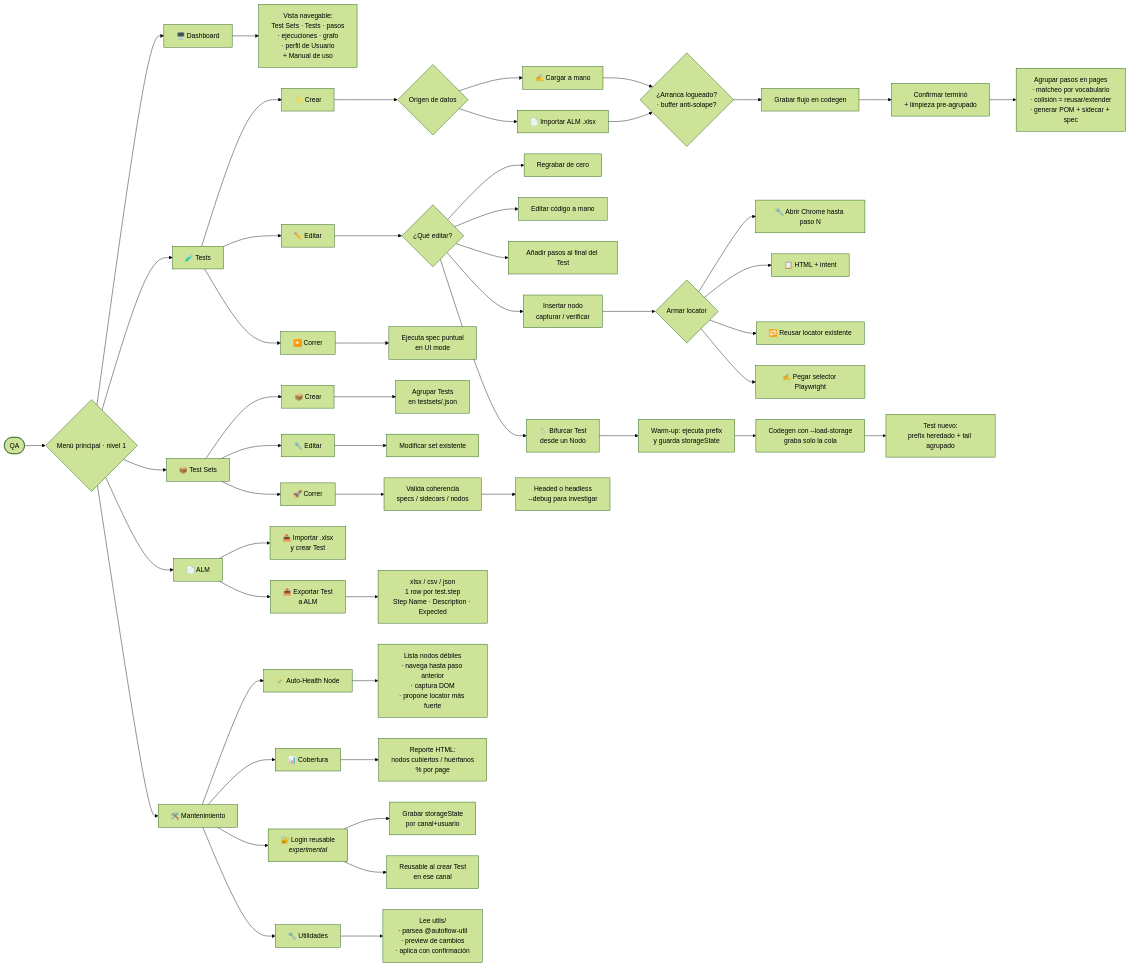
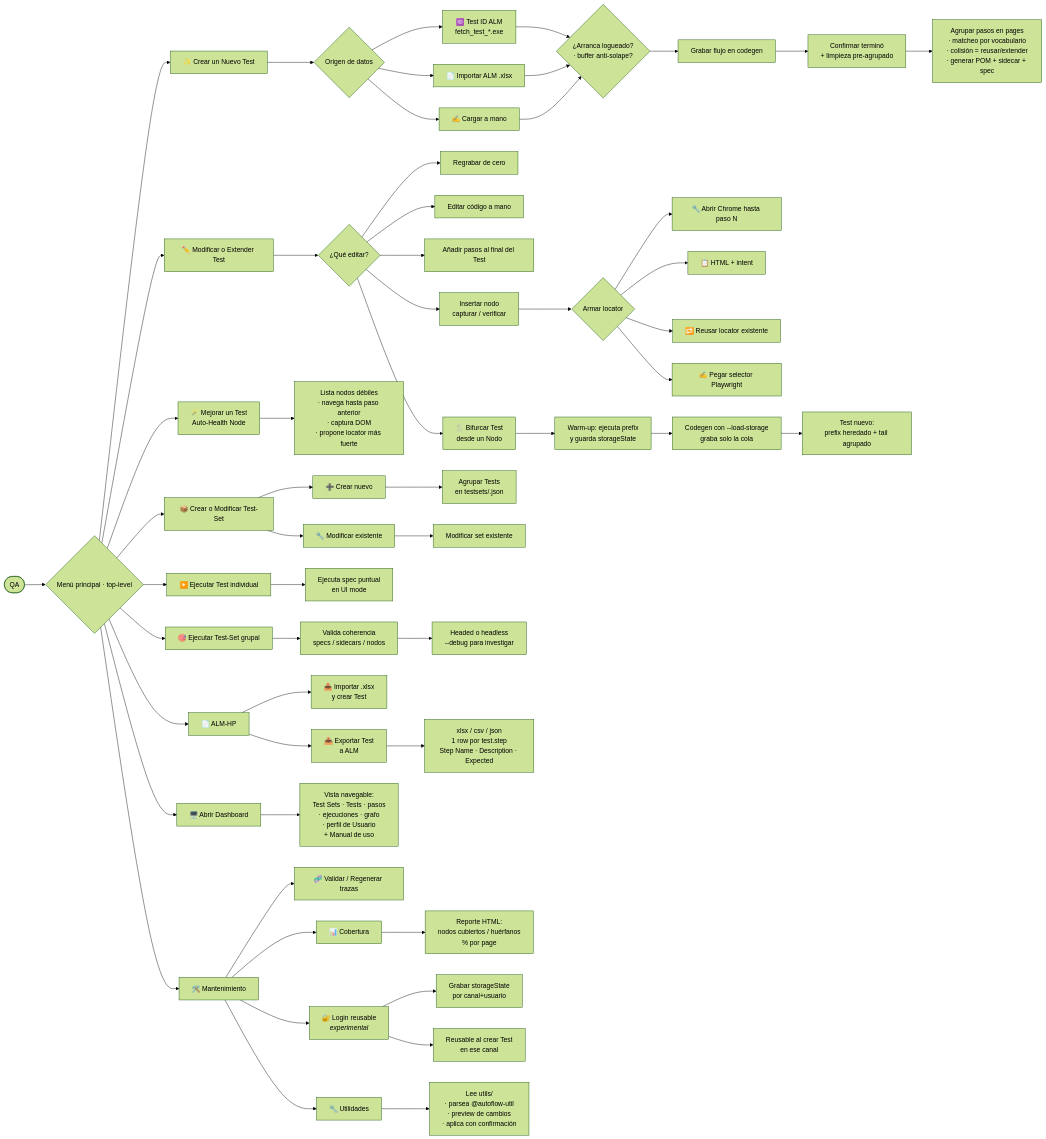
The second of 4 diagrams in README.md (blass1/AutoFlowAgent), drawn with Mermaid (forest theme) before and after one commit. The commit also changed other lines of this file and 10 other files, not shown here.

````diff
--- a/README.md
+++ b/README.md
@@ -53,72 +53,73 @@
 ```mermaid
 flowchart LR
     QA([QA])
-    Menu{Menú principal · nivel 1}
+    Menu{Menú principal · top-level}
 
     QA --> Menu
 
-    Menu --> Dash[🖥️ Dashboard]
-    Menu --> Tests[🧪 Tests]
-    Menu --> TS[📦 Test Sets]
-    Menu --> ALM[📄 ALM]
+    Menu --> Crear[✨ Crear un Nuevo Test]
+    Menu --> Editar[✏️ Modificar o Extender Test]
+    Menu --> AHN[🪄 Mejorar un Test<br/>Auto-Health Node]
+    Menu --> TS[📦 Crear o Modificar Test-Set]
+    Menu --> Correr[▶️ Ejecutar Test individual]
+    Menu --> CorrerTS[🎯 Ejecutar Test-Set grupal]
+    Menu --> ALM[📄 ALM-HP]
+    Menu --> Dash[🖥️ Abrir Dashboard]
     Menu --> Mant[🛠️ Mantenimiento]
 
-    Tests --> Crear[✨ Crear]
-    Tests --> Editar[✏️ Editar]
-    Tests --> Correr[▶️ Correr]
-
-    TS --> CrearTS[📦 Crear]
-    TS --> EditarTS[🔧 Editar]
-    TS --> CorrerTS[🚀 Correr]
+    TS --> CrearTS[➕ Crear nuevo]
+    TS --> EditarTS[🔧 Modificar existente]
 
     ALM --> ALMImp[📥 Importar .xlsx<br/>y crear Test]
     ALM --> ALMExp[📤 Exportar Test<br/>a ALM]
 
-    Mant --> AHN[🪄 Auto-Health Node]
+    Mant --> ValT[🧬 Validar / Regenerar trazas]
     Mant --> Cob[📊 Cobertura]
     Mant --> Auth[🔐 Login reusable<br/><i>experimental</i>]
     Mant --> Utils[🔧 Utilidades]
 
     Crear --> CrearOrigen{Origen de datos}
+    CrearOrigen --> CrearTID[🆔 Test ID ALM<br/>fetch_test_*.exe]
+    CrearOrigen --> CrearALMImp[📄 Importar ALM .xlsx]
     CrearOrigen --> CrearManual[✍️ Cargar a mano]
-    CrearOrigen --> CrearALMImp[📄 Importar ALM .xlsx]
     CrearManual --> CrearLogin{¿Arranca logueado?<br/>· buffer anti-solape?}
     CrearALMImp --> CrearLogin
+    CrearTID --> CrearLogin
     CrearLogin --> CrearGrabar[Grabar flujo en codegen]
     CrearGrabar --> CrearConfirm[Confirmar terminó<br/>+ limpieza pre-agrupado]
     CrearConfirm --> CrearPOM[Agrupar pasos en pages<br/>· matcheo por vocabulario<br/>· colisión = reusar/extender<br/>· generar POM + sidecar + spec]
 
     Editar --> EditarQue{¿Qué editar?}
     EditarQue --> EditRegrabar[Regrabar de cero]
     EditarQue --> EditCodigo[Editar código a mano]
     EditarQue --> EditAppend[Añadir pasos al final del Test]
     EditarQue --> EditNodo[Insertar nodo<br/>capturar / verificar]
     EditarQue --> EditFork[🍴 Bifurcar Test<br/>desde un Nodo]
     EditFork --> ForkWarmup[Warm-up: ejecuta prefix<br/>y guarda storageState]
     ForkWarmup --> ForkTail[Codegen con --load-storage<br/>graba solo la cola]
     ForkTail --> ForkSpec[Test nuevo:<br/>prefix heredado + tail agrupado]
     EditNodo --> EditNodoLoc{Armar locator}
     EditNodoLoc --> LocPause[🔧 Abrir Chrome hasta paso N]
     EditNodoLoc --> LocHTML[📋 HTML + intent]
     EditNodoLoc --> LocReusar[🔁 Reusar locator existente]
     EditNodoLoc --> LocPegar[✍️ Pegar selector Playwright]
 
     Correr --> CorrerUI[Ejecuta spec puntual<br/>en UI mode]
 
     CrearTS --> TSAgrupar[Agrupar Tests<br/>en testsets/.json]
     EditarTS --> TSEditar[Modificar set existente]
     CorrerTS --> TSValidar[Valida coherencia<br/>specs / sidecars / nodos]
     TSValidar --> TSCorrer[Headed o headless<br/>--debug para investigar]
 
     AHN --> AHNFlow[Lista nodos débiles<br/>· navega hasta paso anterior<br/>· captura DOM<br/>· propone locator más fuerte]
 
     Auth --> AuthGrabar[Grabar storageState<br/>por canal+usuario]
     Auth --> AuthReuso[Reusable al crear Test<br/>en ese canal]
 
     ALMExp --> ALMExpFlow[xlsx / csv / json<br/>1 row por test.step<br/>Step Name · Description · Expected]
 
     Utils --> UtilsFlow[Lee utils/<br/>· parsea @autoflow-util<br/>· preview de cambios<br/>· aplica con confirmación]
 
     Cob --> CobReporte[Reporte HTML:<br/>nodos cubiertos / huérfanos<br/>% por page]
     Dash --> DashHtml[Vista navegable:<br/>Test Sets · Tests · pasos<br/>· ejecuciones · grafo<br/>· perfil de Usuario<br/>+ Manual de uso]
 ```
````
